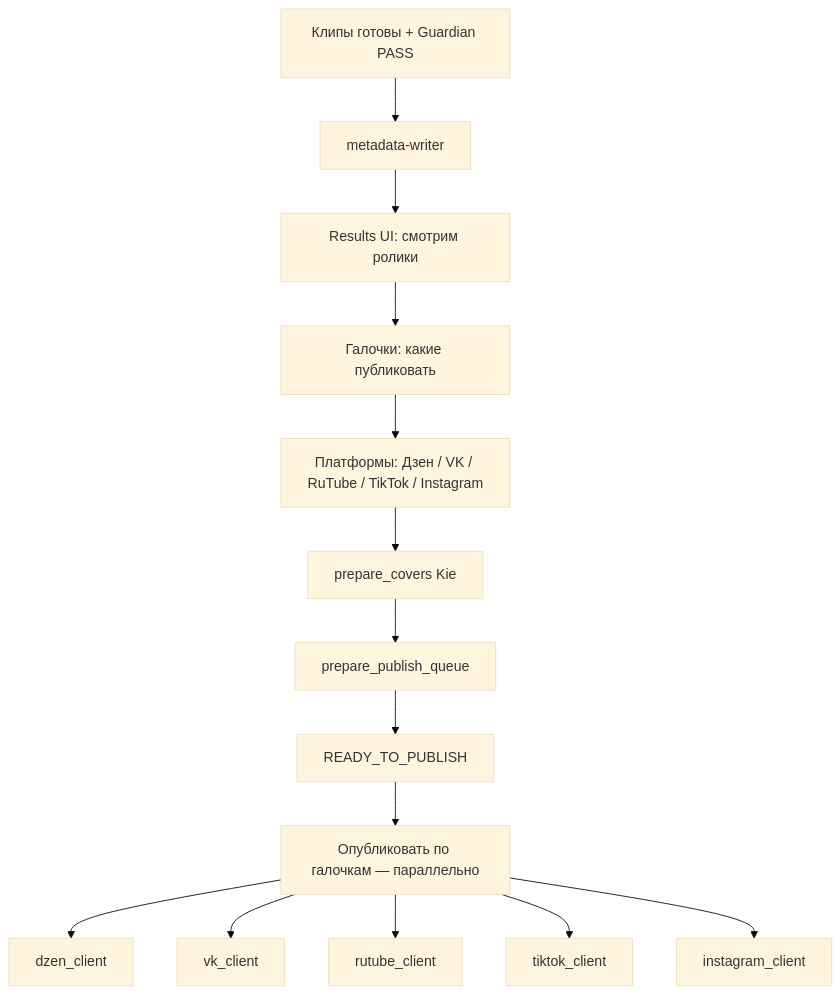
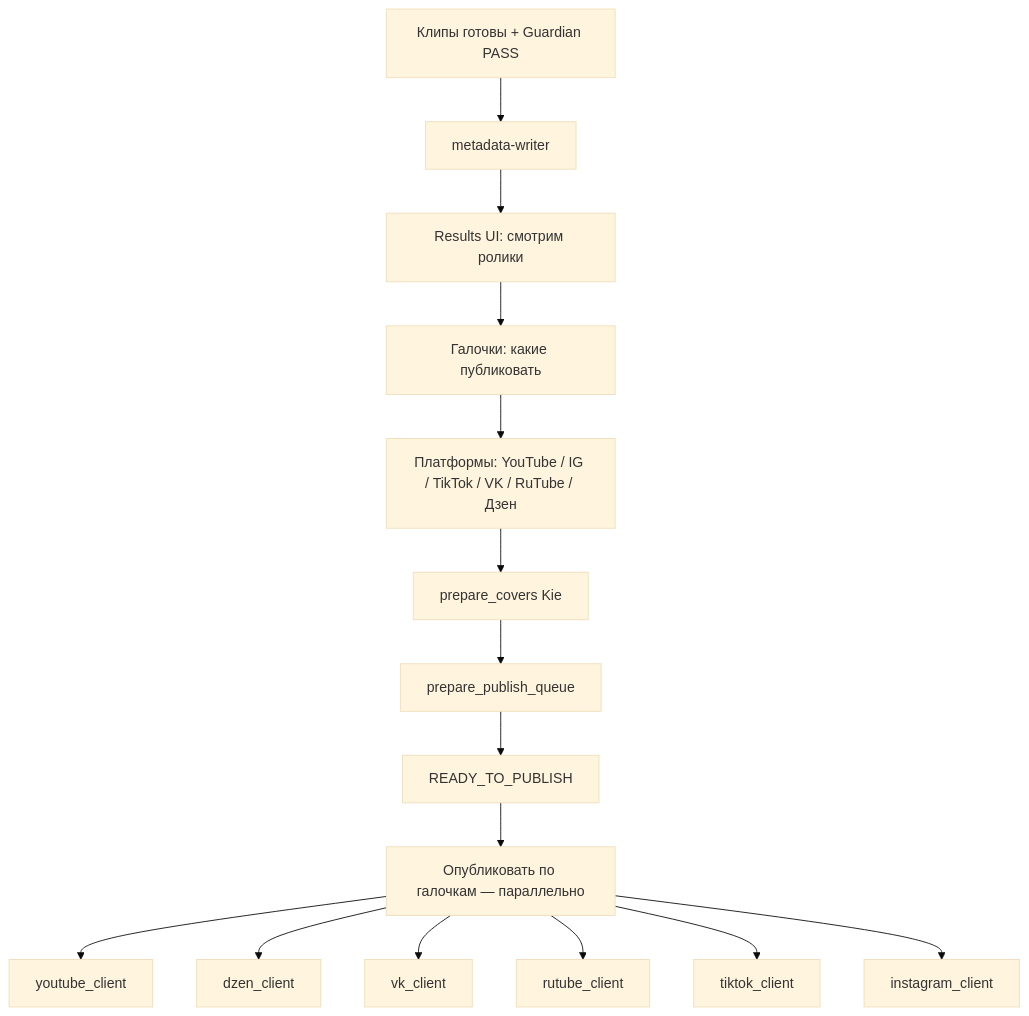
One commit to Horosheff/hyperion-reels changed the diagram in docs/PUBLISH.md. Above: the diagram before and after it, drawn with Mermaid (base theme). The commit also changed other lines of this file and 13 other files, not shown here.

First line of the commit message:
feat: YouTube Shorts Playwright publisher in multipublish

````diff
--- a/docs/PUBLISH.md
+++ b/docs/PUBLISH.md
@@ -7,16 +7,17 @@
 ```mermaid
 flowchart TD
   A[Клипы готовы + Guardian PASS] --> B[metadata-writer]
   B --> C[Results UI: смотрим ролики]
   C --> D[Галочки: какие публиковать]
-  D --> E[Платформы: Дзен / VK / RuTube / TikTok / Instagram]
+  D --> E[Платформы: YouTube / IG / TikTok / VK / RuTube / Дзен]
   E --> F[prepare_covers Kie]
   F --> G[prepare_publish_queue]
   G --> H[READY_TO_PUBLISH]
   H --> I["Опубликовать по галочкам — параллельно"]
+  I --> J0[youtube_client]
   I --> J1[dzen_client]
   I --> J2[vk_client]
   I --> J3[rutube_client]
   I --> J4[tiktok_client]
   I --> J5[instagram_client]
 ```
````
